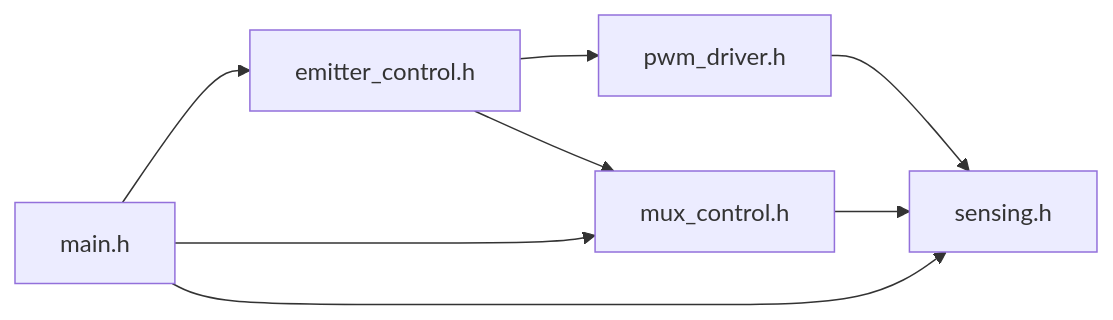
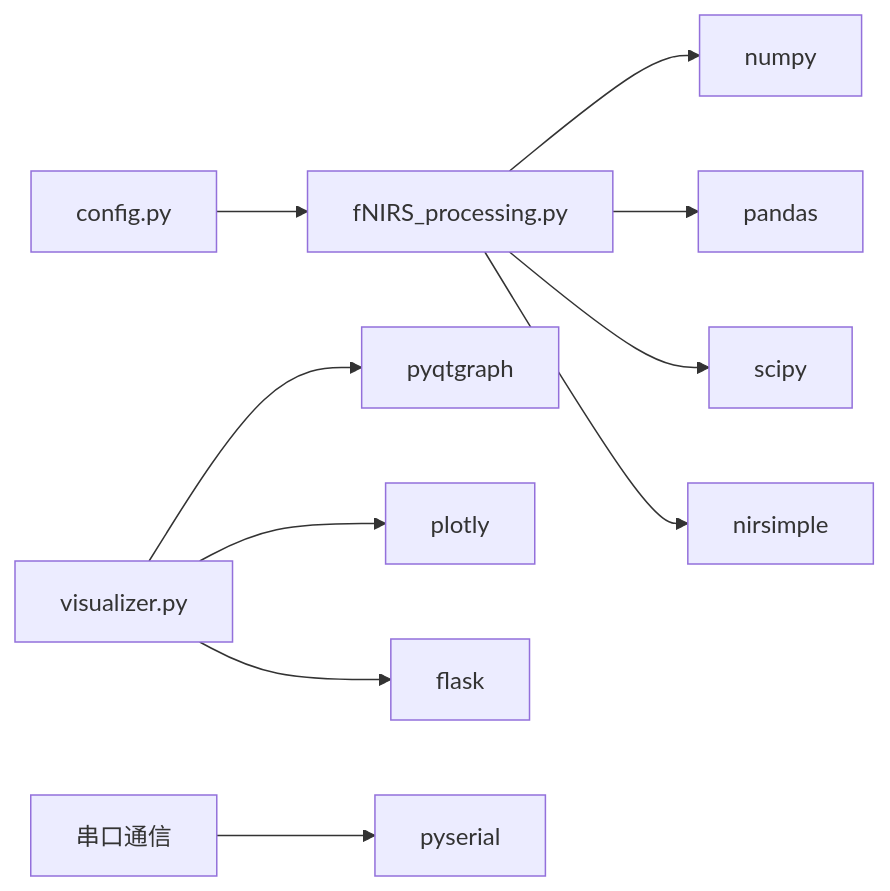
One commit to zhushizi/fNIRS-main changed the third of 3 diagrams in .qoder/repowiki/zh/content/硬件系统/硬件系统.md. Above: the diagram before and after it, drawn with Mermaid. The commit also changed other lines of this file and 28 other files, not shown here.

````diff
--- a/.qoder/repowiki/zh/content/硬件系统/硬件系统.md
+++ b/.qoder/repowiki/zh/content/硬件系统/硬件系统.md
@@ -221,10 +118,12 @@
 ```mermaid
 graph LR
-EMH["emitter_control.h"] --> PWMH["pwm_driver.h"]
-EMH --> MUXH["mux_control.h"]
-MUXH --> SENSH["sensing.h"]
-PWMH --> SENSH
-MAINH["main.h"] --> EMH
-MAINH --> MUXH
-MAINH --> SENSH
+CONFIG["config.py"] --> CORE["fNIRS_processing.py"]
+CORE --> NUMPY["numpy"]
+CORE --> PANDAS["pandas"]
+CORE --> SCIPY["scipy"]
+CORE --> NIRSIMPLE["nirsimple"]
+VIS["visualizer.py"] --> PYQTGRAPH["pyqtgraph"]
+VIS --> PLOTLY["plotly"]
+VIS --> FLASK["flask"]
+SERIAL["串口通信"] --> PYSERIAL["pyserial"]
 ```
````
